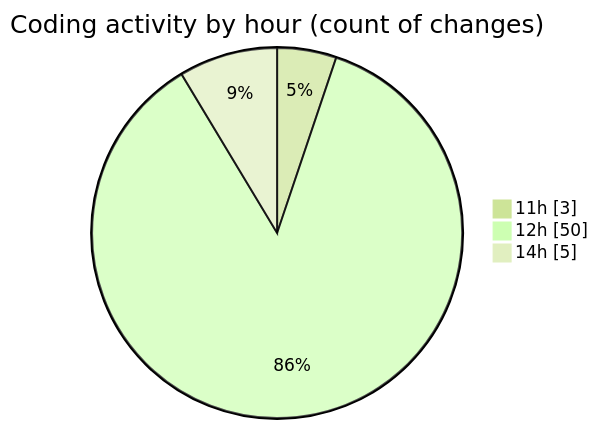
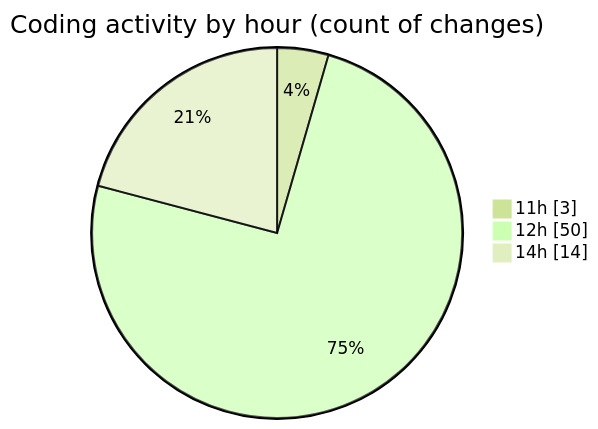
One commit to nxtqubesakshisongat/code-tracking changed the second of 2 diagrams in 2025-11-03/nxtqube_webapp/README.md. Above: the diagram before and after it, drawn with Mermaid (forest theme). The commit also changed other lines of this file and 1 other file, not shown here.

````diff
--- a/2025-11-03/nxtqube_webapp/README.md
+++ b/2025-11-03/nxtqube_webapp/README.md
@@ -41,7 +44,7 @@
 ```mermaid
 pie showData
 title Coding activity by hour (count of changes)
 "11h" : 3
 "12h" : 50
-"14h" : 5
+"14h" : 14
 ```
````
